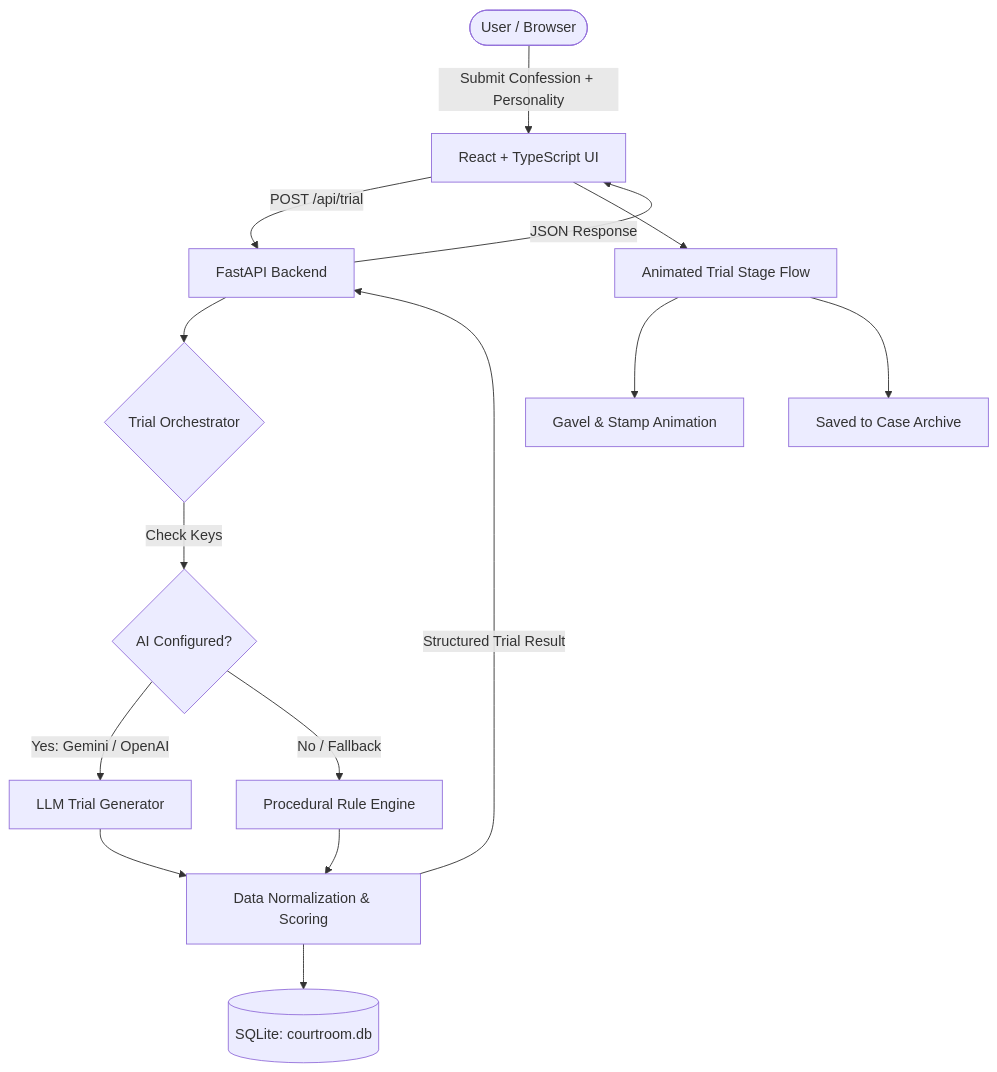
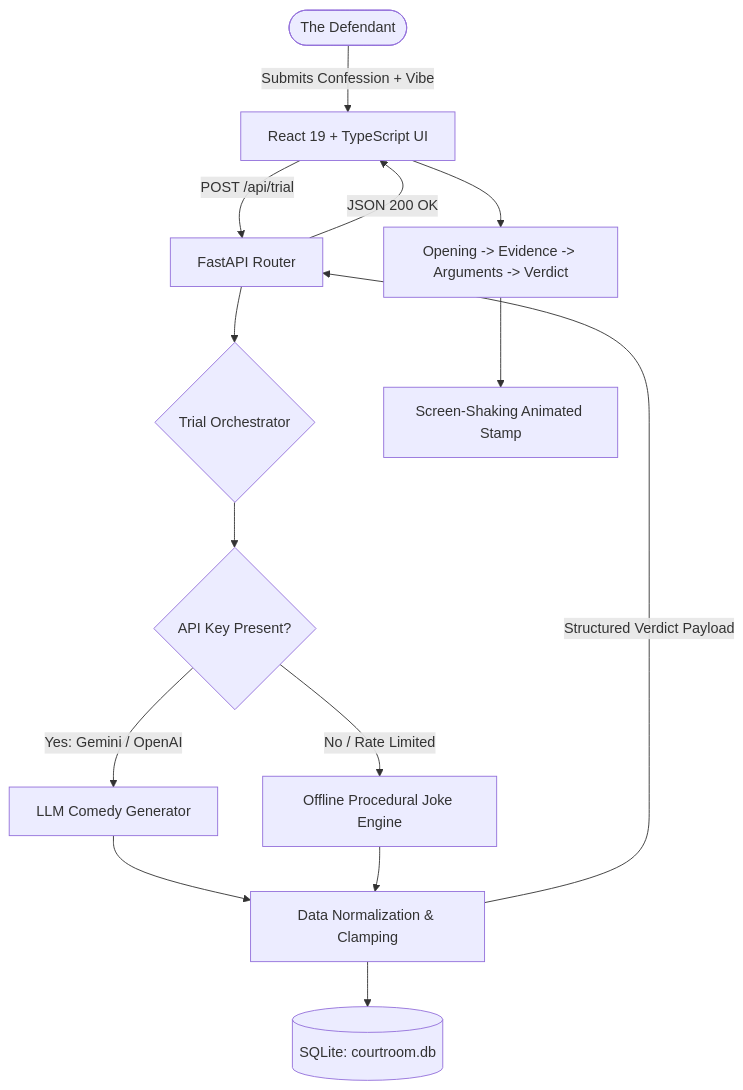
One commit to TROJANmocX/Courtroom-of-Stupid-Decisions changed the diagram in README.md. Above: the diagram before and after it, drawn with Mermaid. The commit also changed other lines of this file, not shown here.

````diff
--- a/README.md
+++ b/README.md
@@ -124,22 +109,21 @@
 ```mermaid
 flowchart TD
-    User([User / Browser]) -->|Submit Confession + Personality| ReactApp[React + TypeScript UI]
-    ReactApp -->|POST /api/trial| FastAPI[FastAPI Backend]
-
-    FastAPI --> Orchestrator{Trial Orchestrator}
-
-    Orchestrator -->|Check Keys| AIProvider{AI Configured?}
-    AIProvider -->|Yes: Gemini / OpenAI| AIModel[LLM Trial Generator]
-    AIProvider -->|No / Fallback| TemplateEngine[Procedural Rule Engine]
-
-    AIModel --> Normalizer[Data Normalization & Scoring]
-    TemplateEngine --> Normalizer
-
+    User([The Defendant]) -->|Submits Confession + Vibe| Frontend[React 19 + TypeScript UI]
+    Frontend -->|POST /api/trial| Backend[FastAPI Router]
+    
+    Backend --> Orchestrator{Trial Orchestrator}
+    
+    Orchestrator --> KeyCheck{API Key Present?}
+    KeyCheck -->|Yes: Gemini / OpenAI| AIWorker[LLM Comedy Generator]
+    KeyCheck -->|No / Rate Limited| TemplateWorker[Offline Procedural Joke Engine]
+    
+    AIWorker --> Normalizer[Data Normalization & Clamping]
+    TemplateWorker --> Normalizer
+    
     Normalizer --> DB[(SQLite: courtroom.db)]
-    Normalizer -->|Structured Trial Result| FastAPI
-
-    FastAPI -->|JSON Response| ReactApp
-    ReactApp --> TrialStages[Animated Trial Stage Flow]
-    TrialStages --> RevealVerdict[Gavel & Stamp Animation]
-    TrialStages --> Archive[Saved to Case Archive]
+    Normalizer -->|Structured Verdict Payload| Backend
+    
+    Backend -->|JSON 200 OK| Frontend
+    Frontend --> CourtStages[Opening -> Evidence -> Arguments -> Verdict]
+    CourtStages --> FinalStamp[Screen-Shaking Animated Stamp]
 ```
````
